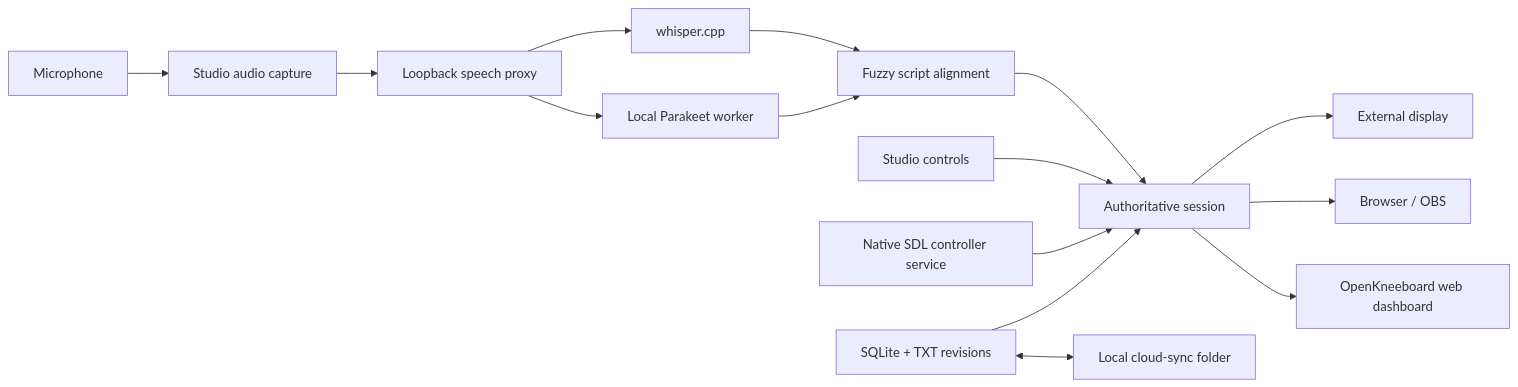
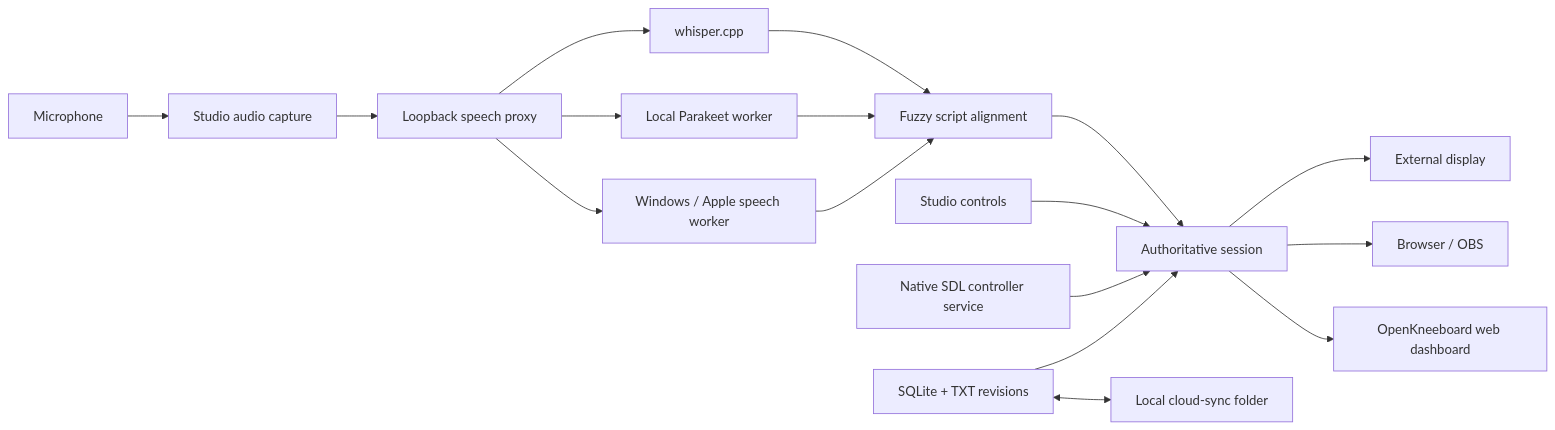
Before and after one commit to DSuzuki35/PRMTA: the diagram in docs/ARCHITECTURE.md, drawn with Mermaid. The commit also changed other lines of this file and 69 other files, not shown here.

````diff
--- a/docs/ARCHITECTURE.md
+++ b/docs/ARCHITECTURE.md
@@ -18,17 +18,19 @@
 ```mermaid
 flowchart LR
   Mic[Microphone] --> Capture[Studio audio capture]
   Capture --> Proxy[Loopback speech proxy]
   Proxy --> Whisper[whisper.cpp]
   Proxy --> Parakeet[Local Parakeet worker]
+  Proxy --> Native[Windows / Apple speech worker]
   Whisper --> Align[Fuzzy script alignment]
   Parakeet --> Align
+  Native --> Align
   Align --> Session[Authoritative session]
   Studio[Studio controls] --> Session
   Controller[Native SDL controller service] --> Session
   Session --> Display[External display]
   Session --> Browser[Browser / OBS]
   Session --> VR[OpenKneeboard web dashboard]
   Library[SQLite + TXT revisions] --> Session
   Library <--> Folder[Local cloud-sync folder]
 ```
````
